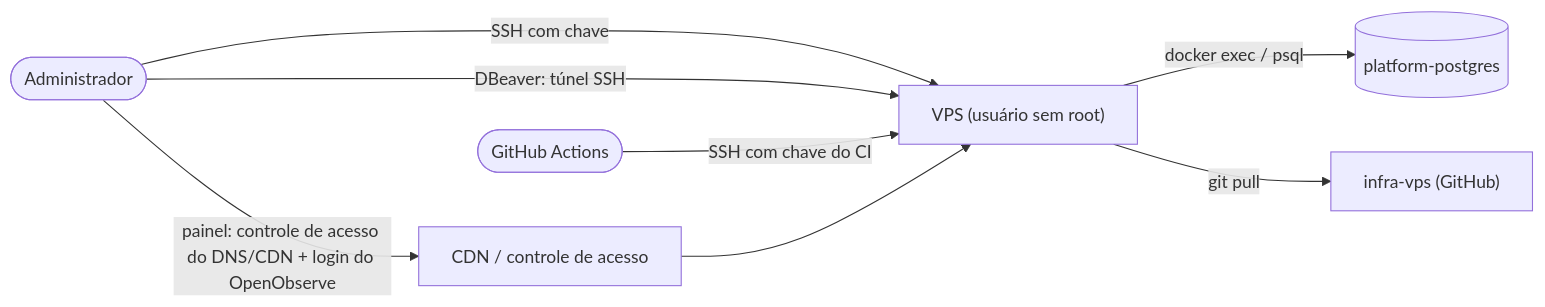
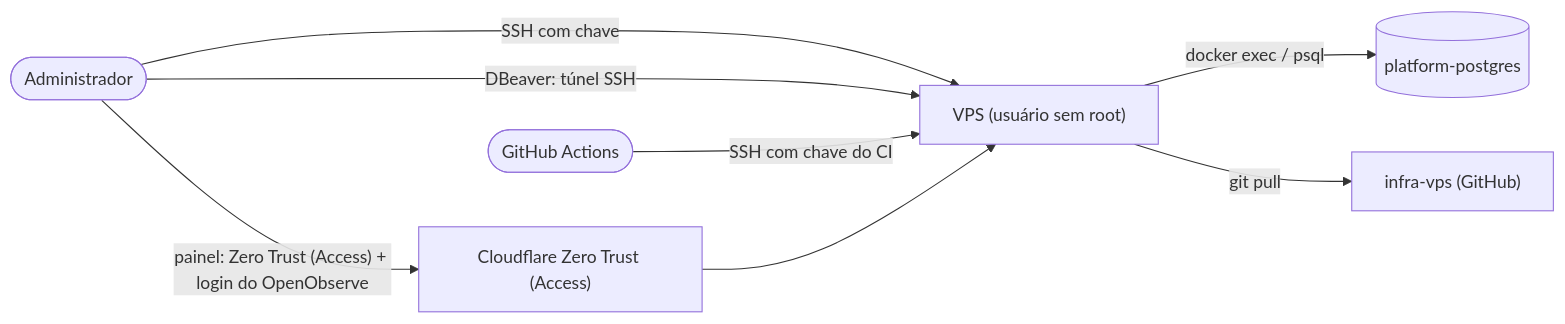
One commit to Trinket-OS-BR/infra-vps changed the fourth of 4 diagrams in docs/diagrama.md. Above: the diagram before and after it, drawn with Mermaid. The commit also changed other lines of this file and 1 other file, not shown here.

Commit message:
Docs: nomeia o Cloudflare R2 e o Cloudflare Zero Trust na arquitetura e no README

````diff
--- a/docs/diagrama.md
+++ b/docs/diagrama.md
@@ -77,10 +79,10 @@
 ```mermaid
 flowchart LR
   eu([Administrador]) -->|"SSH com chave"| vps["VPS (usuário sem root)"]
   eu -->|"DBeaver: túnel SSH"| vps
   vps -->|"docker exec / psql"| postgres[("platform-postgres")]
   vps -->|"git pull"| repo["infra-vps (GitHub)"]
   ci(["GitHub Actions"]) -->|"SSH com chave do CI"| vps
-  eu -->|"painel: controle de acesso do DNS/CDN + login do OpenObserve"| cdn["CDN / controle de acesso"]
+  eu -->|"painel: Zero Trust (Access) + login do OpenObserve"| cdn["Cloudflare Zero Trust (Access)"]
   cdn --> vps
 ```
````
